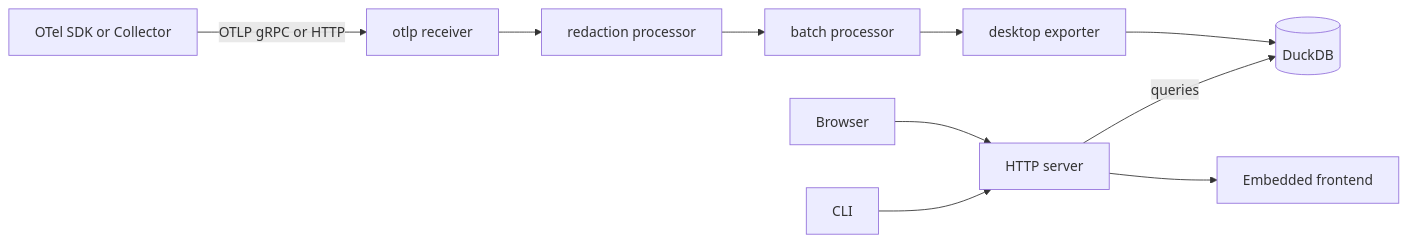
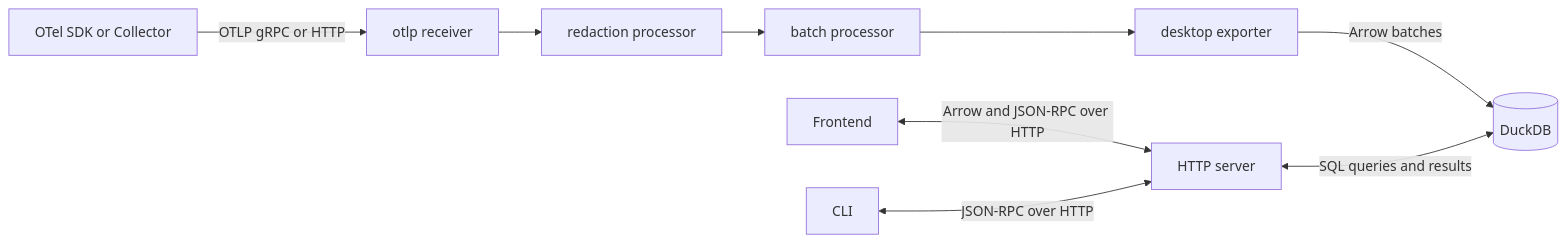
Before and after one commit to CtrlSpice/otel-desktop-viewer: the diagram in docs/architecture.md, drawn with Mermaid. The commit also changed other lines of this file, not shown here.

Commit message:
Clarify the frontend and Arrow transport in the architecture guide.

````diff
--- a/docs/architecture.md
+++ b/docs/architecture.md
@@ -7,12 +7,11 @@
 ```mermaid
 flowchart LR
   Source[OTel SDK or Collector] -->|OTLP gRPC or HTTP| Receiver[otlp receiver]
   Receiver --> Redaction[redaction processor]
   Redaction --> Batch[batch processor]
   Batch --> Exporter[desktop exporter]
-  Exporter --> DB[(DuckDB)]
-  Browser[Browser] --> HTTP[HTTP server]
-  CLI[CLI] --> HTTP
-  HTTP -->|queries| DB
-  HTTP --> Assets[Embedded frontend]
+  Exporter -->|Arrow batches| DB[(DuckDB)]
+  Frontend[Frontend] <-->|Arrow and JSON-RPC over HTTP| HTTP[HTTP server]
+  CLI[CLI] <-->|JSON-RPC over HTTP| HTTP
+  HTTP <-->|SQL queries and results| DB
 ```
````
